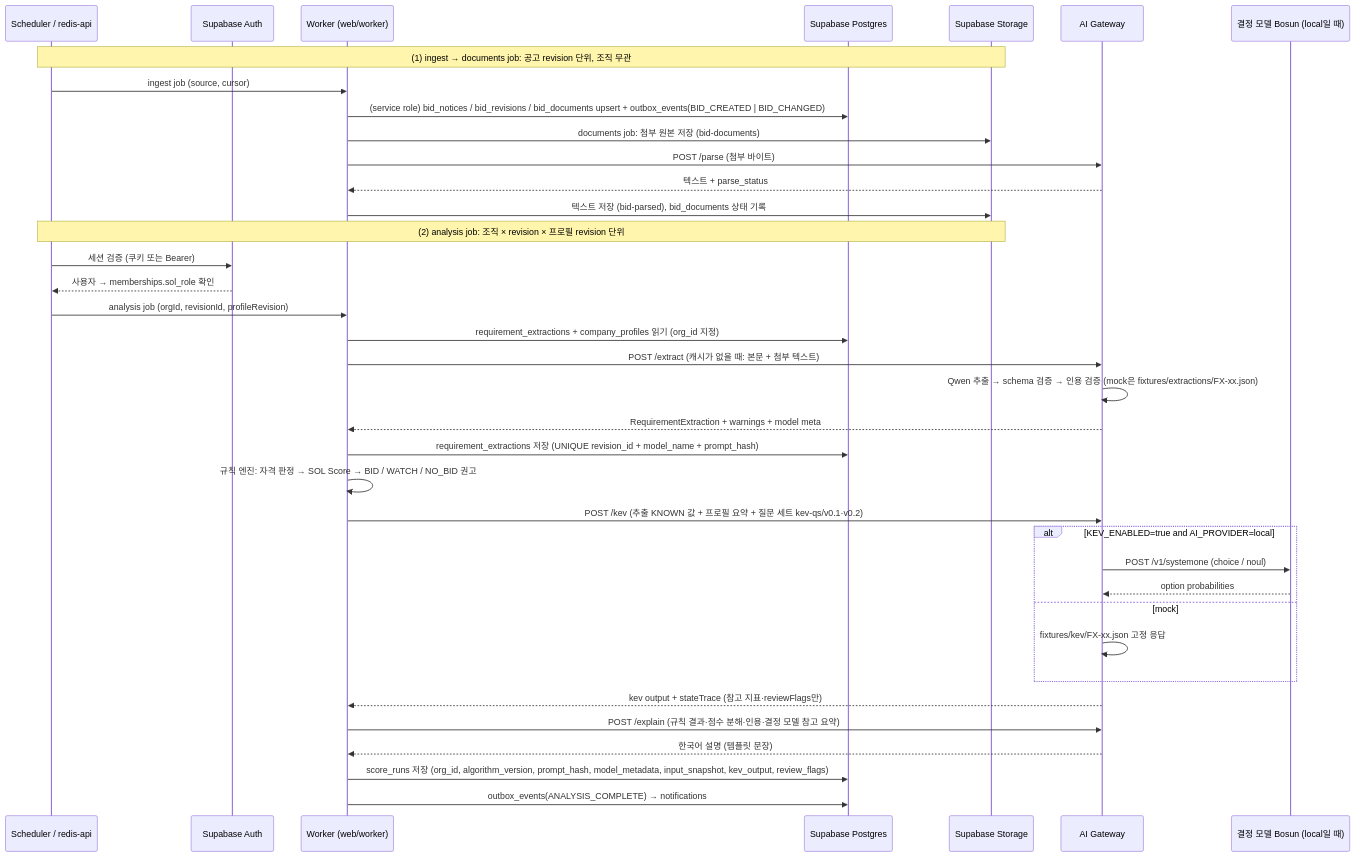
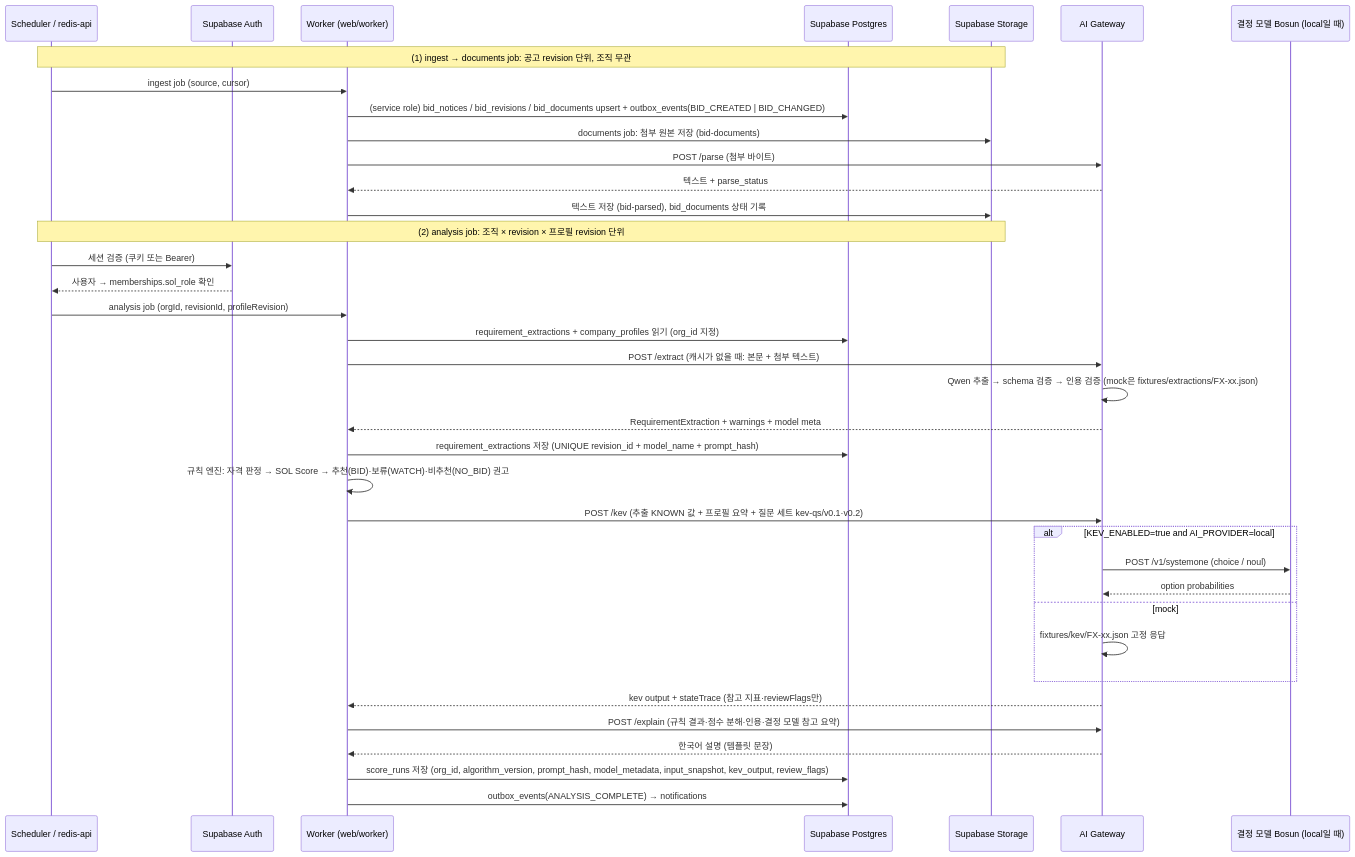
The second of 3 diagrams in docs/02-ARCHITECTURE.md (solideoai/sol-radar), drawn with Mermaid before and after one commit. The commit also changed other lines of this file and 27 other files, not shown here.

````diff
--- a/docs/02-ARCHITECTURE.md
+++ b/docs/02-ARCHITECTURE.md
@@ -90,39 +90,39 @@
 ```mermaid
 sequenceDiagram
  participant S as Scheduler / redis-api
  participant SA as Supabase Auth
  participant W as Worker (web/worker)
  participant P as Supabase Postgres
  participant ST as Supabase Storage
  participant A as AI Gateway
  participant K as 결정 모델 Bosun (local일 때)
  Note over S,ST: (1) ingest → documents job: 공고 revision 단위, 조직 무관
  S->>W: ingest job (source, cursor)
  W->>P: (service role) bid_notices / bid_revisions / bid_documents upsert + outbox_events(BID_CREATED | BID_CHANGED)
  W->>ST: documents job: 첨부 원본 저장 (bid-documents)
  W->>A: POST /parse (첨부 바이트)
  A-->>W: 텍스트 + parse_status
  W->>ST: 텍스트 저장 (bid-parsed), bid_documents 상태 기록
  Note over S,ST: (2) analysis job: 조직 × revision × 프로필 revision 단위
  S->>SA: 세션 검증 (쿠키 또는 Bearer)
  SA-->>S: 사용자 → memberships.sol_role 확인
  S->>W: analysis job (orgId, revisionId, profileRevision)
  W->>P: requirement_extractions + company_profiles 읽기 (org_id 지정)
  W->>A: POST /extract (캐시가 없을 때: 본문 + 첨부 텍스트)
  A->>A: Qwen 추출 → schema 검증 → 인용 검증 (mock은 fixtures/extractions/FX-xx.json)
  A-->>W: RequirementExtraction + warnings + model meta
  W->>P: requirement_extractions 저장 (UNIQUE revision_id + model_name + prompt_hash)
- W->>W: 규칙 엔진: 자격 판정 → SOL Score → BID / WATCH / NO_BID 권고
+ W->>W: 규칙 엔진: 자격 판정 → SOL Score → 추천(BID)·보류(WATCH)·비추천(NO_BID) 권고
  W->>A: POST /kev (추출 KNOWN 값 + 프로필 요약 + 질문 세트 kev-qs/v0.1·v0.2)
  alt KEV_ENABLED=true and AI_PROVIDER=local
   A->>K: POST /v1/systemone (choice / noul)
   K-->>A: option probabilities
  else mock
   A->>A: fixtures/kev/FX-xx.json 고정 응답
  end
  A-->>W: kev output + stateTrace (참고 지표·reviewFlags만)
  W->>A: POST /explain (규칙 결과·점수 분해·인용·결정 모델 참고 요약)
  A-->>W: 한국어 설명 (템플릿 문장)
  W->>P: score_runs 저장 (org_id, algorithm_version, prompt_hash, model_metadata, input_snapshot, kev_output, review_flags)
  W->>P: outbox_events(ANALYSIS_COMPLETE) → notifications
 ```
````
